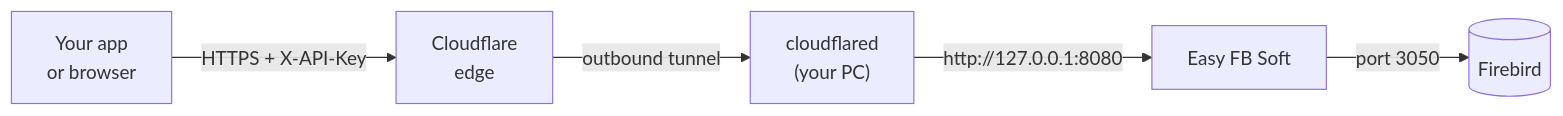
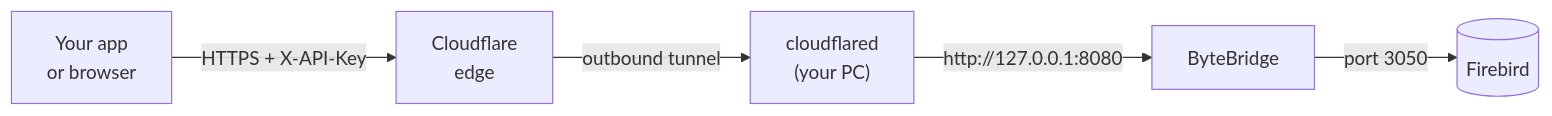
One commit to kenanwahbeh/FbGateway changed the diagram in README.md. Above: the diagram before and after it, drawn with Mermaid. The commit also changed other lines of this file and 32 other files, not shown here.

````diff
--- a/README.md
+++ b/README.md
@@ -12,7 +12,7 @@
 ```mermaid
 flowchart LR
     C["Your app<br/>or browser"] -->|"HTTPS + X-API-Key"| E["Cloudflare<br/>edge"]
     E -->|"outbound tunnel"| D["cloudflared<br/>(your PC)"]
-    D -->|"http://127.0.0.1:8080"| G["Easy FB Soft"]
+    D -->|"http://127.0.0.1:8080"| G["ByteBridge"]
     G -->|"port 3050"| F[("Firebird")]
 ```
````
